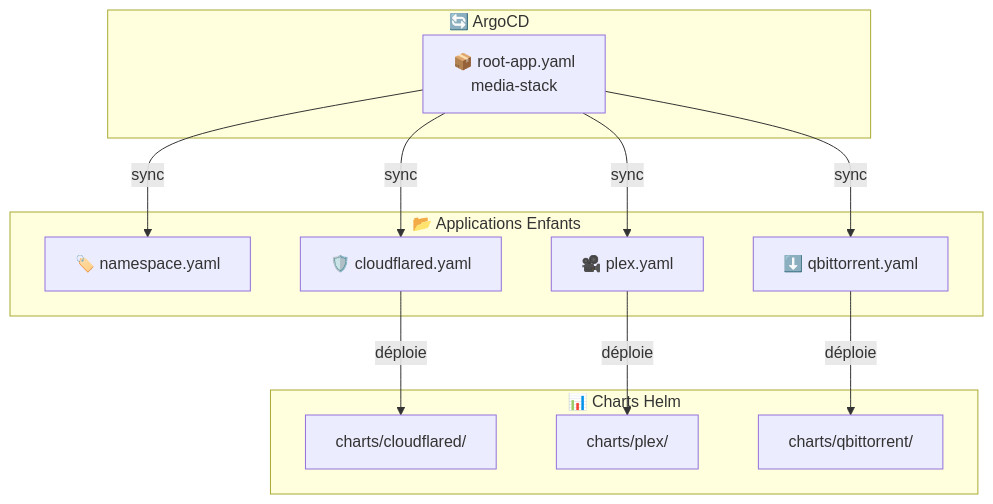
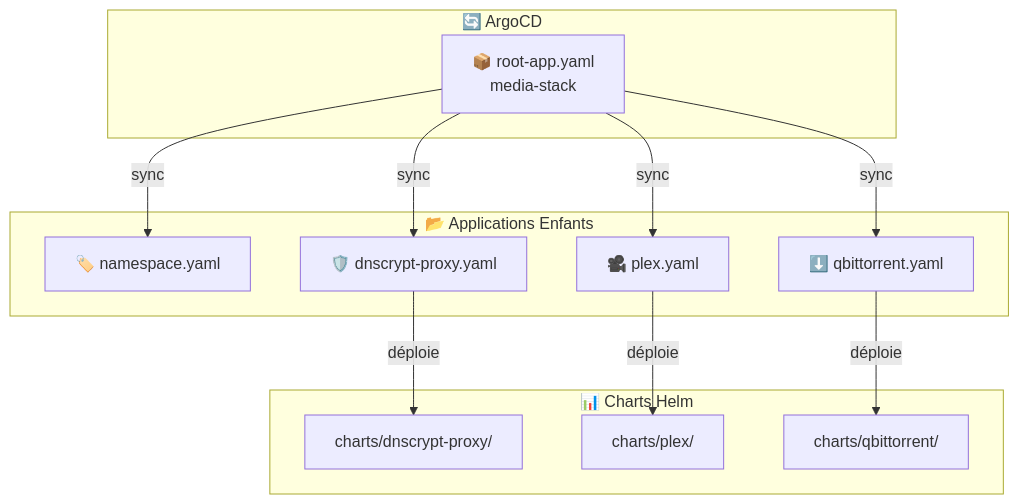
Before and after one commit to muchiny/media-stack-k8s: the first of 2 diagrams in apps/README.md, drawn with Mermaid. The commit also changed other lines of this file and 17 other files, not shown here.

First line of the commit message:
chore: Complete cloudflared to dnscrypt-proxy migration

````diff
--- a/apps/README.md
+++ b/apps/README.md
@@ -7,28 +7,28 @@
 ```mermaid
 graph TB
     subgraph "🔄 ArgoCD"
         RootApp[📦 root-app.yaml<br/>media-stack]
     end
 
     subgraph "📂 Applications Enfants"
         NS[🏷️ namespace.yaml]
-        CF[🛡️ cloudflared.yaml]
+        CF[🛡️ dnscrypt-proxy.yaml]
         PX[🎥 plex.yaml]
         QB[⬇️ qbittorrent.yaml]
     end
 
     subgraph "📊 Charts Helm"
-        CFChart[charts/cloudflared/]
+        CFChart[charts/dnscrypt-proxy/]
         PXChart[charts/plex/]
         QBChart[charts/qbittorrent/]
     end
 
     RootApp -->|"sync"| NS
     RootApp -->|"sync"| CF
     RootApp -->|"sync"| PX
     RootApp -->|"sync"| QB
 
     CF -->|"déploie"| CFChart
     PX -->|"déploie"| PXChart
     QB -->|"déploie"| QBChart
 ```
````
